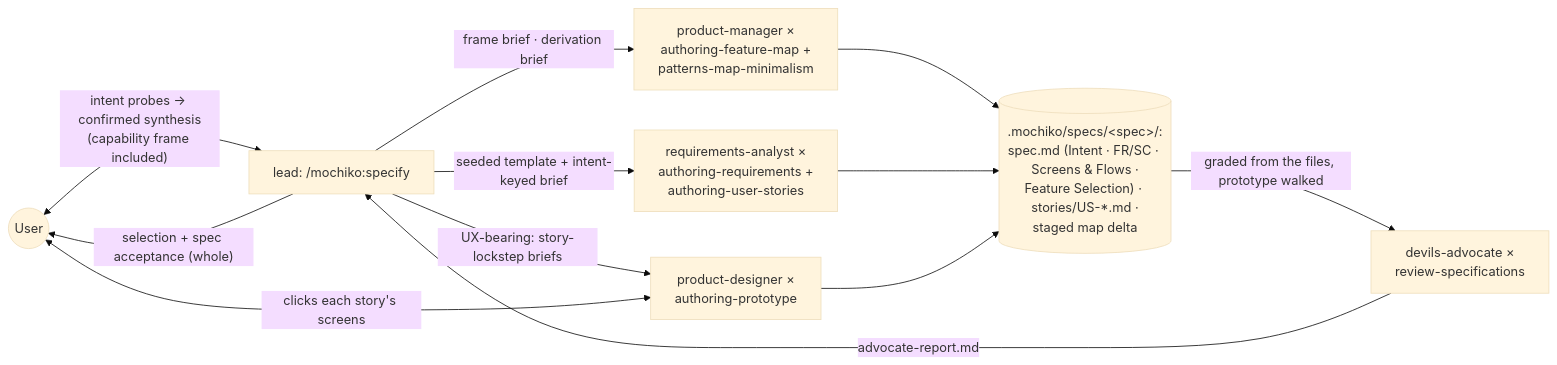
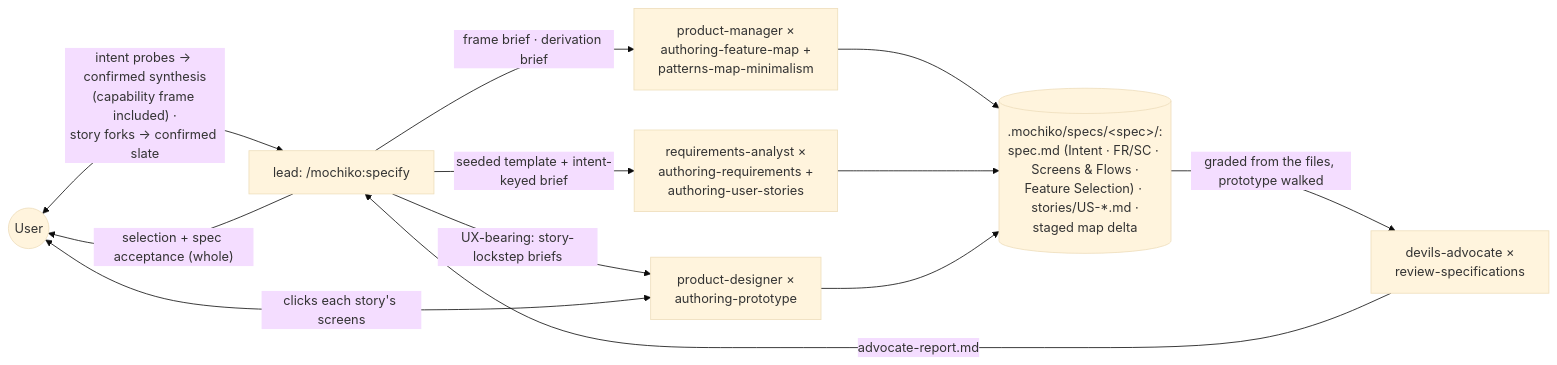
Before and after one commit to humaninloop-dev/mochiko: the fifth of 6 diagrams in ARCHITECTURE.md, drawn with Mermaid (base theme). The commit also changed other lines of this file and 55 other files, not shown here.

````diff
--- a/ARCHITECTURE.md
+++ b/ARCHITECTURE.md
@@ -211,19 +216,19 @@
 ```mermaid
 flowchart LR
   user(("User"))
   lead["lead: /mochiko:specify"]
   pm["product-manager ×<br/>authoring-feature-map +<br/>patterns-map-minimalism"]
   producer["requirements-analyst ×<br/>authoring-requirements +<br/>authoring-user-stories"]
   proto["product-designer ×<br/>authoring-prototype"]
   critic["devils-advocate ×<br/>review-specifications"]
-  user <-->|"intent probes → confirmed synthesis<br/>(capability frame included)"| lead
+  user <-->|"intent probes → confirmed synthesis<br/>(capability frame included) ·<br/>story forks → confirmed slate"| lead
   lead -->|"frame brief · derivation brief"| pm
   lead -->|"seeded template + intent-keyed brief"| producer
   lead -->|"UX-bearing: story-lockstep briefs"| proto
   pm --> spec[(".mochiko/specs/&lt;spec&gt;/:<br/>spec.md (Intent · FR/SC · Screens &amp; Flows ·<br/>Feature Selection) · stories/US-*.md ·<br/>staged map delta")]
   producer --> spec
   proto --> spec
   user <-->|"clicks each story's screens"| proto
   spec -->|"graded from the files, prototype walked"| critic -->|"advocate-report.md"| lead
   lead -->|"selection + spec acceptance (whole)"| user
 ```
````
